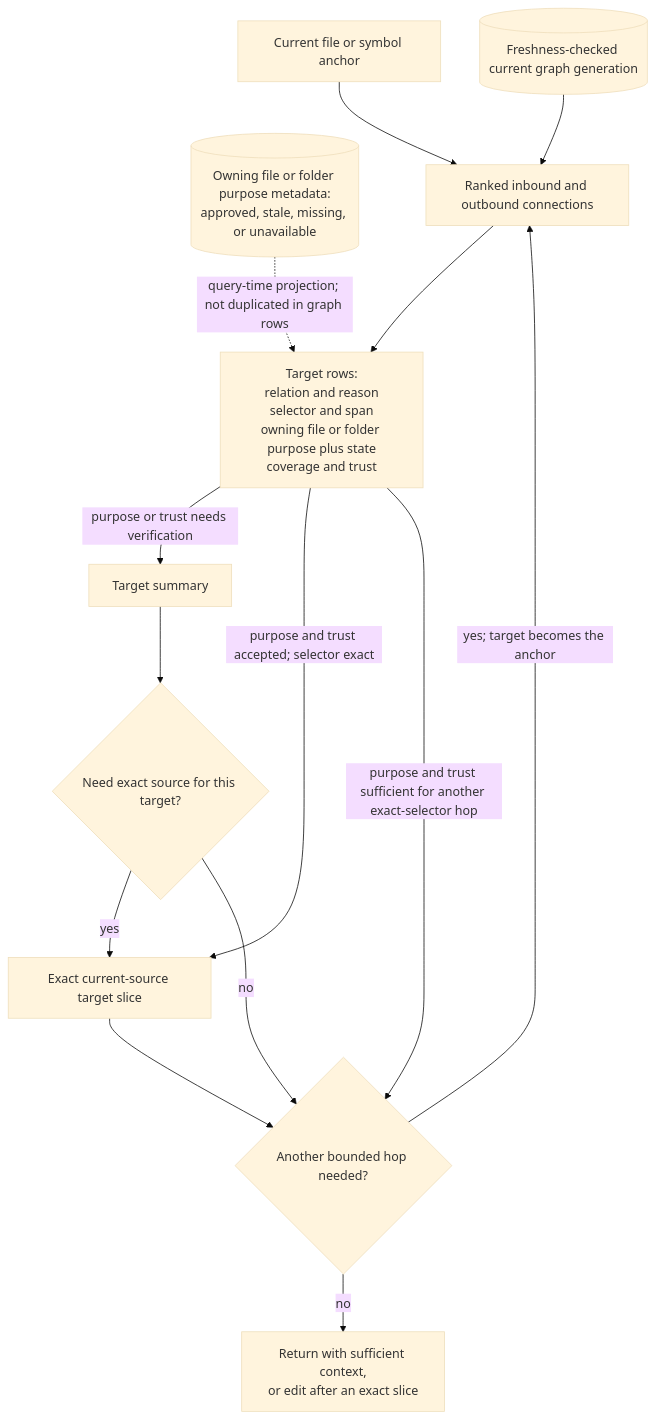
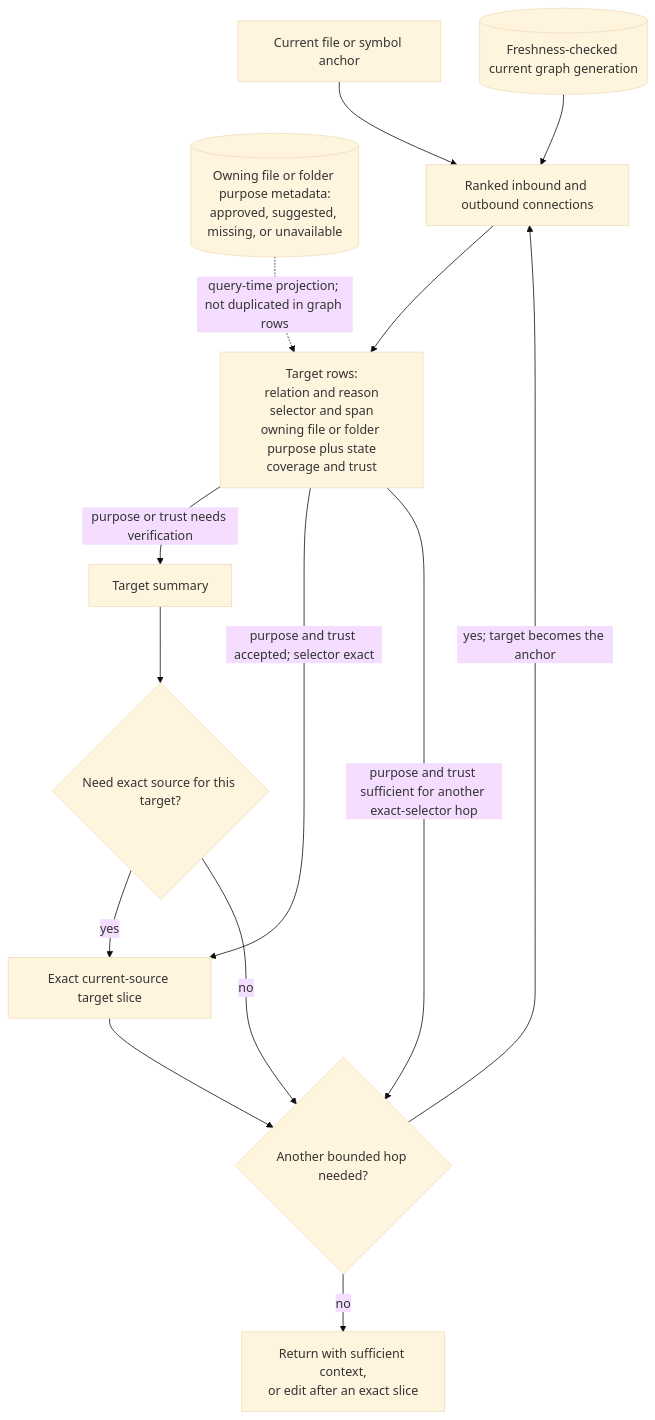
One commit to styler-ai/ProjectAtlas changed the second of 3 diagrams in docs/agent-navigation.md. Above: the diagram before and after it, drawn with Mermaid (base theme). The commit also changed other lines of this file and 96 other files, not shown here.

````diff
--- a/docs/agent-navigation.md
+++ b/docs/agent-navigation.md
@@ -83,26 +83,26 @@
 ```mermaid
 flowchart TB
     Anchor[Current file or symbol anchor]
     Graph[(Freshness-checked current graph generation)]
-    Purposes[(Owning file or folder purpose metadata:<br/>approved, stale, missing, or unavailable)]
+    Purposes[(Owning file or folder purpose metadata:<br/>approved, suggested, missing, or unavailable)]
     Connections[Ranked inbound and outbound connections]
     Targets[Target rows:<br/>relation and reason<br/>selector and span<br/>owning file or folder purpose plus state<br/>coverage and trust]
     Summary[Target summary]
     SourceNeeded{Need exact source for this target?}
     Slice[Exact current-source target slice]
     Continue{Another bounded hop needed?}
 
     Anchor --> Connections
     Graph --> Connections
     Connections --> Targets
     Purposes -. query-time projection; not duplicated in graph rows .-> Targets
     Targets -->|purpose or trust needs verification| Summary
     Targets -->|purpose and trust accepted; selector exact| Slice
     Targets -->|purpose and trust sufficient for another exact-selector hop| Continue
     Summary --> SourceNeeded
     SourceNeeded -->|yes| Slice
     SourceNeeded -->|no| Continue
     Slice --> Continue
     Continue -->|yes; target becomes the anchor| Connections
     Continue -->|no| Done[Return with sufficient context,<br/>or edit after an exact slice]
 ```
````
